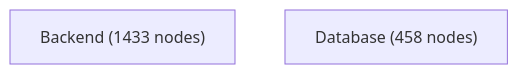
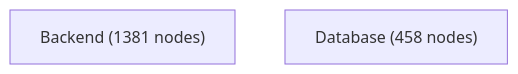
The diagram in docs/architecture-analysis/views/containers.mmd (jankneumann/agentic-coding-tools), drawn with Mermaid before and after one commit. The commit also changed 13 other files, not shown here.

Commit message:
chore(architecture): regenerate artifacts at ec200364

```diff
--- a/docs/architecture-analysis/views/containers.mmd
+++ b/docs/architecture-analysis/views/containers.mmd
@@ -1,3 +1,3 @@
 flowchart TB
-    Backend["Backend (1433 nodes)"]
+    Backend["Backend (1381 nodes)"]
     Database["Database (458 nodes)"]
```
